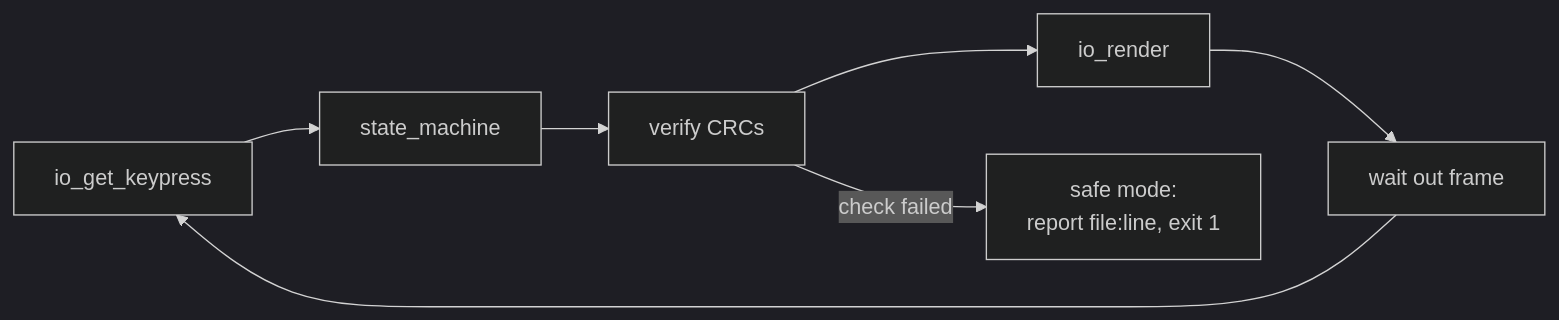
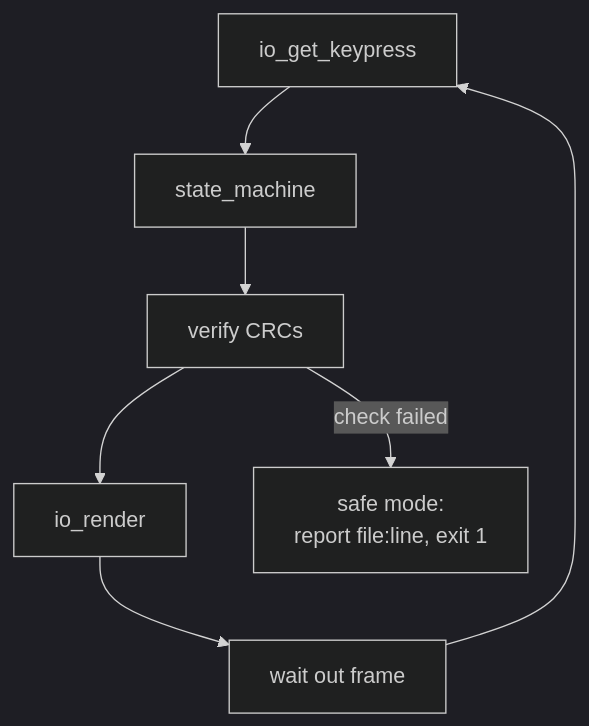
One commit to spaceadler/spacetetris changed the second of 3 diagrams in README.md. Above: the diagram before and after it, drawn with Mermaid (dark theme).

Commit message:
docs: diagrams flow top-to-bottom where they were too wide for GitHub's frame

````diff
--- a/README.md
+++ b/README.md
@@ -39,6 +39,6 @@
 ```mermaid
-flowchart LR
+flowchart TB
     key[io_get_keypress] --> sm[state_machine] --> v[verify CRCs] --> r[io_render] --> d[wait out frame]
     d --> key
     v -->|"check failed"| safe["safe mode:<br/>report file:line, exit 1"]
 ```
````
